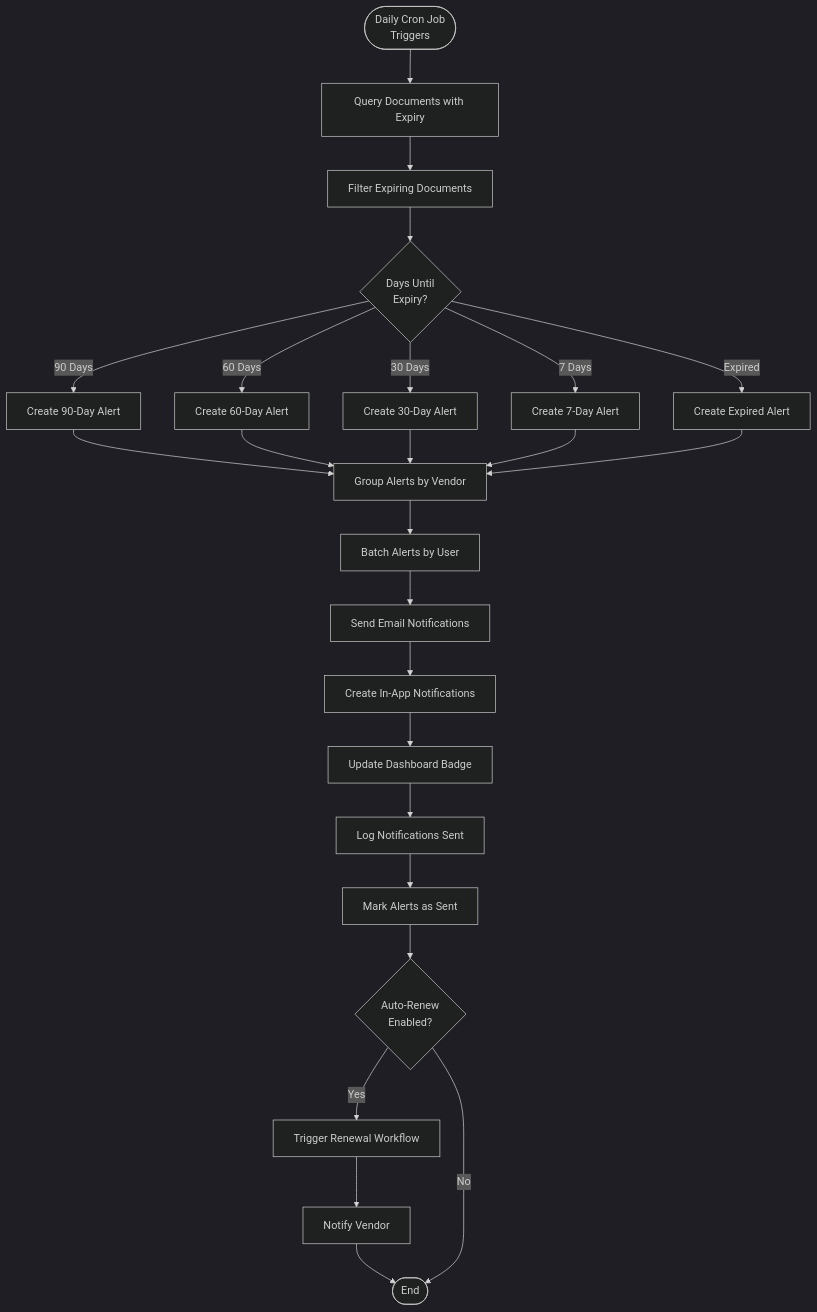
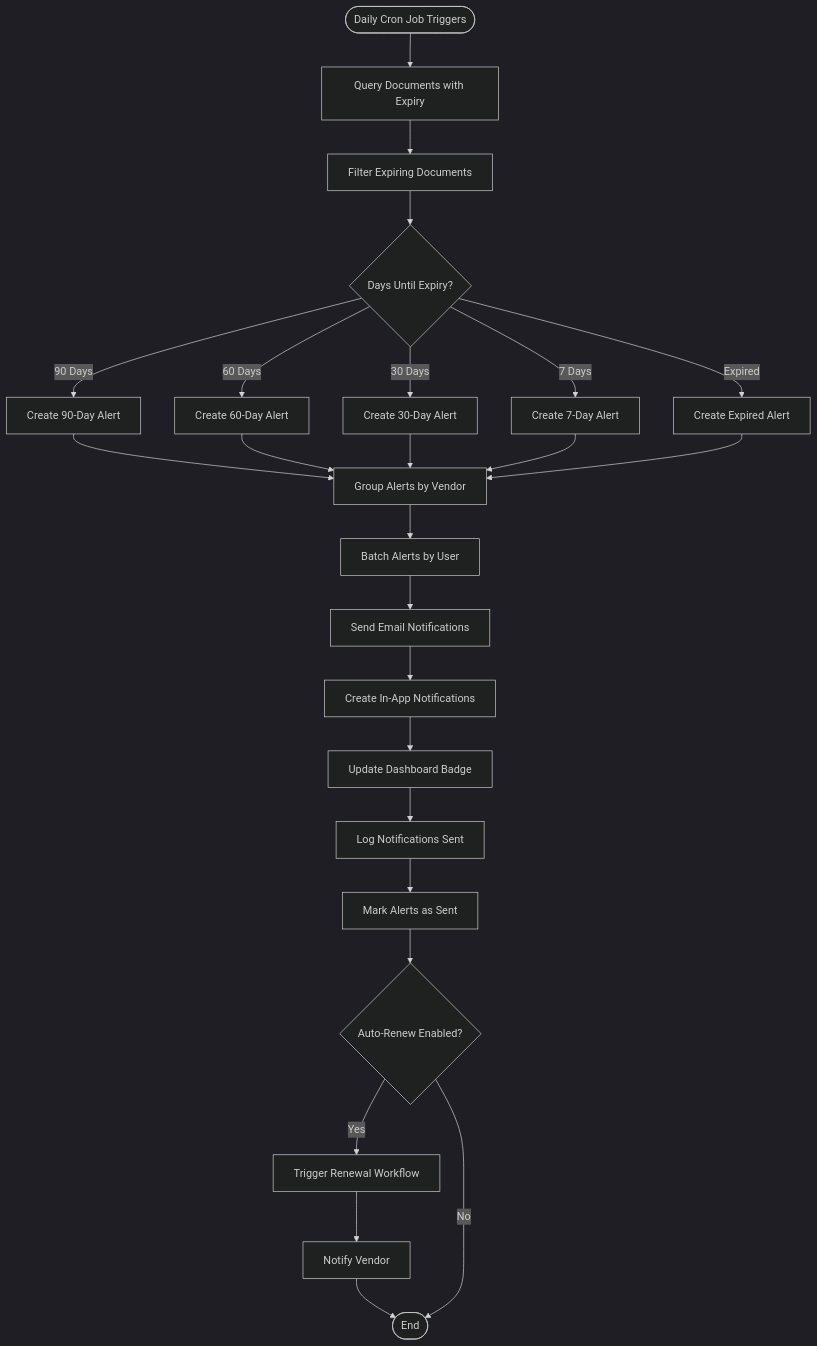
Diagram 23 of 24 in docs/app/vendor-management/vendor-directory/FD-vendor-directory.md (CarmenSoftware-organization/carmen), drawn with Mermaid (dark theme) before and after one commit. The commit also changed other lines of this file and 1788 other files, not shown here.

````diff
--- a/docs/app/vendor-management/vendor-directory/FD-vendor-directory.md
+++ b/docs/app/vendor-management/vendor-directory/FD-vendor-directory.md
@@ -836,33 +1057,33 @@
 ```mermaid
 flowchart TD
-    Start([Daily Cron Job<br/>Triggers]) --> QueryDocuments[Query Documents with Expiry]
+    Start([Daily Cron Job Triggers]) --> QueryDocuments[Query Documents with Expiry]
     QueryDocuments --> FilterExpiring[Filter Expiring Documents]
 
-    FilterExpiring --> CheckDays{Days Until<br/>Expiry?}
+    FilterExpiring --> CheckDays{Days Until Expiry?}
     CheckDays -->|90 Days| Create90DayAlert
     CheckDays -->|60 Days| Create60DayAlert
     CheckDays -->|30 Days| Create30DayAlert
     CheckDays -->|7 Days| Create7DayAlert
     CheckDays -->|Expired| CreateExpiredAlert
 
     Create90DayAlert[Create 90-Day Alert] --> GroupAlerts
     Create60DayAlert[Create 60-Day Alert] --> GroupAlerts
     Create30DayAlert[Create 30-Day Alert] --> GroupAlerts
     Create7DayAlert[Create 7-Day Alert] --> GroupAlerts
     CreateExpiredAlert[Create Expired Alert] --> GroupAlerts
 
     GroupAlerts[Group Alerts by Vendor] --> BatchAlerts[Batch Alerts by User]
     BatchAlerts --> SendEmail[Send Email Notifications]
     SendEmail --> CreateInAppNotif[Create In-App Notifications]
     CreateInAppNotif --> UpdateDashboard[Update Dashboard Badge]
 
     UpdateDashboard --> LogNotifications[Log Notifications Sent]
     LogNotifications --> MarkSent[Mark Alerts as Sent]
-    MarkSent --> CheckAutoRenew{Auto-Renew<br/>Enabled?}
+    MarkSent --> CheckAutoRenew{Auto-Renew Enabled?}
 
     CheckAutoRenew -->|Yes| TriggerRenewal[Trigger Renewal Workflow]
     TriggerRenewal --> NotifyVendor[Notify Vendor]
     NotifyVendor --> End([End])
 
     CheckAutoRenew -->|No| End
 ```
````
